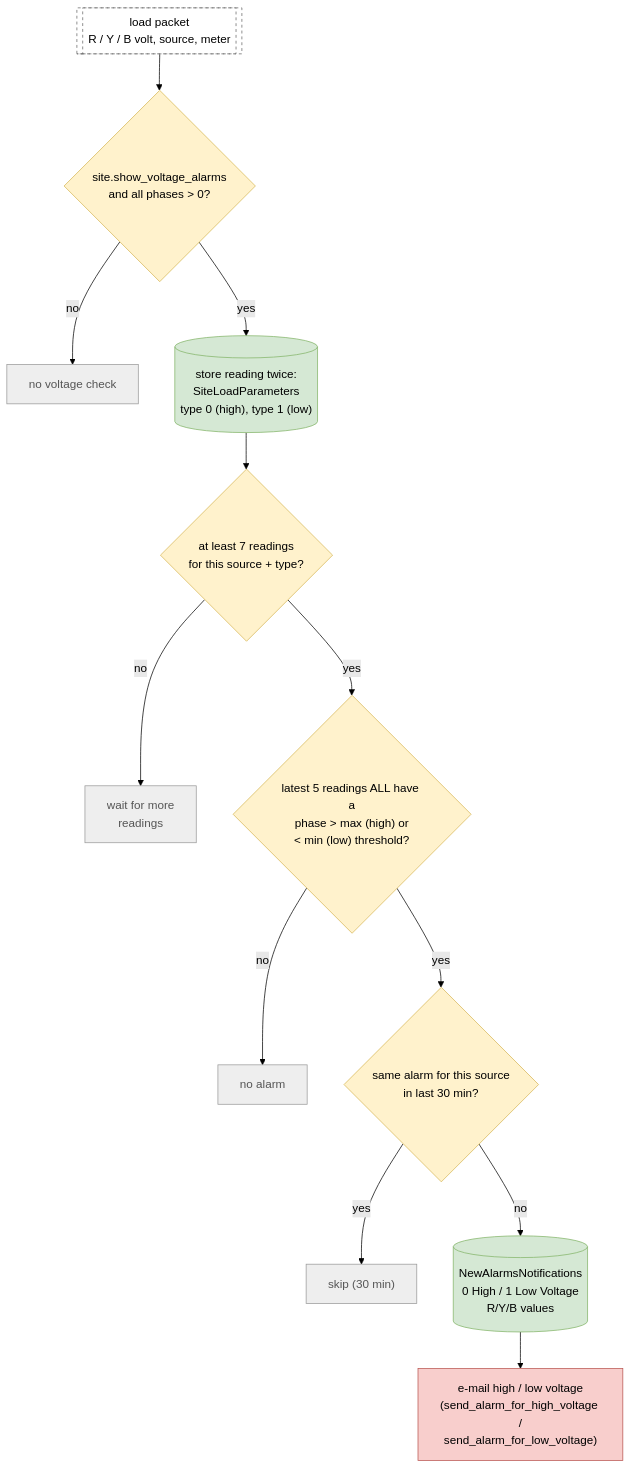
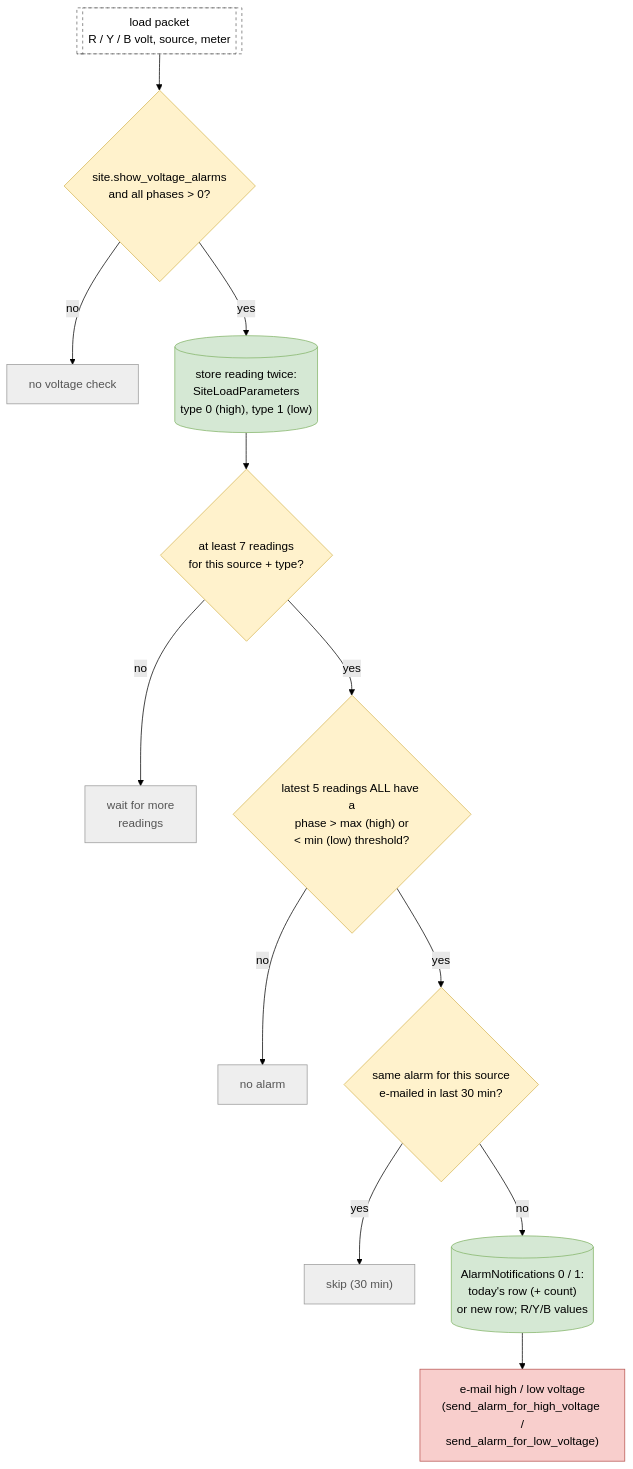
Diagram 19 of 22 in docs/mqtt-flows/README.md (ashutoshdubey-aviconn/AVC-backend), drawn with Mermaid (forest theme) before and after one commit. The commit also changed other lines of this file and 20 other files, not shown here.

First line of the commit message:
One alarm table: power / DG alarms move into AlarmNotifications

````diff
--- a/docs/mqtt-flows/README.md
+++ b/docs/mqtt-flows/README.md
@@ -1370,36 +1378,36 @@
 ```mermaid
 flowchart TD
     in[["load packet<br/>R / Y / B volt, source, meter"]]
     on{"site.show_voltage_alarms<br/>and all phases > 0?"}
     off["no voltage check"]
     store[("store reading twice:<br/>SiteLoadParameters<br/>type 0 (high), type 1 (low)")]
     seven{"at least 7 readings<br/>for this source + type?"}
     wait["wait for more<br/>readings"]
     five{"latest 5 readings ALL have a<br/>phase > max (high) or<br/>< min (low) threshold?"}
     no["no alarm"]
-    rec{"same alarm for this source<br/>in last 30 min?"}
+    rec{"same alarm for this source<br/>e-mailed in last 30 min?"}
     dup["skip (30 min)"]
-    new[("NewAlarmsNotifications<br/>0 High / 1 Low Voltage<br/>R/Y/B values")]
+    new[("AlarmNotifications 0 / 1:<br/>today's row (+ count)<br/>or new row; R/Y/B values")]
     mail["e-mail high / low voltage<br/>(send_alarm_for_high_voltage /<br/>send_alarm_for_low_voltage)"]
     in --> on
     on -->|"no"| off
     on -->|"yes"| store
     store --> seven
     seven -->|"no"| wait
     seven -->|"yes"| five
     five -->|"no"| no
     five -->|"yes"| rec
     rec -->|"yes"| dup
     rec -->|"no"| new
     new --> mail
     classDef decision fill:#fff2cc,stroke:#d6b656
     class on,seven,five,rec decision
     classDef db fill:#d5e8d4,stroke:#82b366
     class store,new db
     classDef alarm fill:#f8cecc,stroke:#b85450
     class mail alarm
     classDef ext fill:#ffffff,stroke:#666,stroke-dasharray:4
     class in ext
     classDef skip fill:#eee,stroke:#999,color:#555
     class off,wait,no,dup skip
 ```
````
